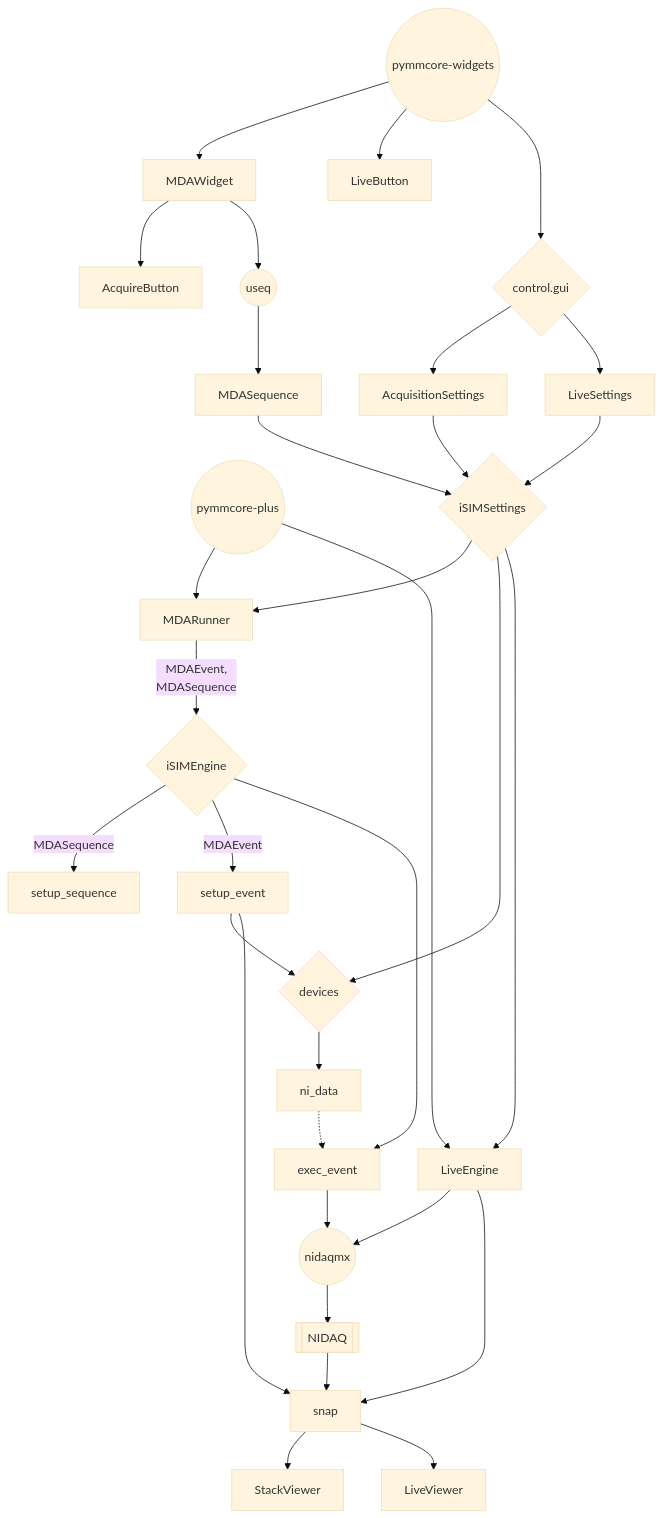
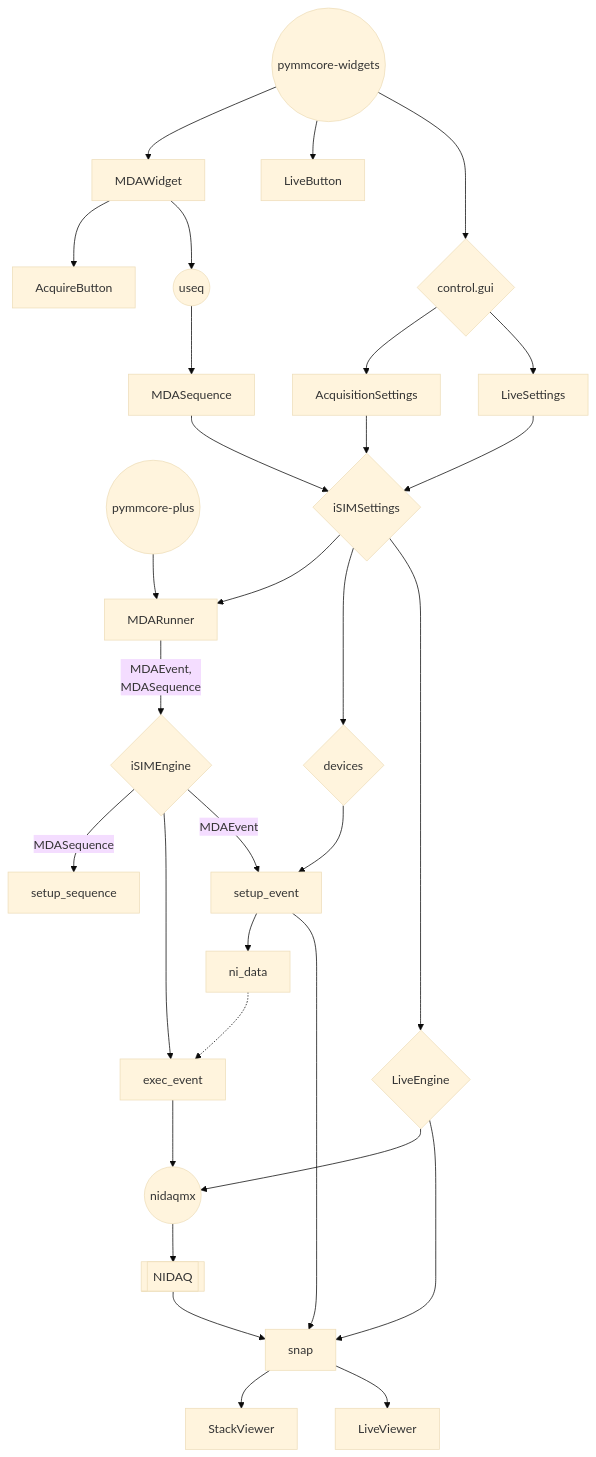
The diagram in control/doc/structure.md (kleele-lab/iSIM), drawn with Mermaid (base theme) before and after one commit. The commit also changed 1 other file, not shown here.

Commit message:
even clearer structure

````diff
--- a/control/doc/structure.md
+++ b/control/doc/structure.md
@@ -1,55 +1,53 @@
 ```mermaid
 flowchart TD;
     useq((useq))
     pymmcore-plus((pymmcore-plus))
     pymmcore-widgets((pymmcore-widgets))
     iSIMEngine{iSIMEngine}
     control.gui{control.gui}
-    iSIMAcquisition{iSIMSettings}
+    iSIMSettings{iSIMSettings}
     devices{devices}
     NIDAQ[[NIDAQ]]
     nidaqmx((nidaqmx))
 
     %% Acquisisitons
     useq --> MDASequence
     pymmcore-widgets --> MDAWidget
     control.gui --> AcquisitionSettings
-    AcquisitionSettings --> iSIMAcquisition
+    AcquisitionSettings --> iSIMSettings
     MDAWidget --> AcquireButton
     MDAWidget --> useq
 
-    MDASequence --> iSIMAcquisition
+    MDASequence --> iSIMSettings
     pymmcore-plus --> MDARunner
 
-    iSIMAcquisition --> MDARunner
-    iSIMAcquisition --> devices
+    iSIMSettings --> MDARunner
+    iSIMSettings --> devices
 
     MDARunner -- MDAEvent, \n MDASequence --> iSIMEngine
     iSIMEngine -- MDASequence --> setup_sequence
+    iSIMEngine --> exec_event
     iSIMEngine -- MDAEvent --> setup_event
-    iSIMEngine --> exec_event
-    setup_event --> devices
-    devices --> ni_data
+    devices --> setup_event
+    setup_event --> ni_data
     setup_event --> snap
     ni_data -.-> exec_event
     exec_event --> nidaqmx
     nidaqmx --> NIDAQ
     snap --> StackViewer
 
 
     %% Live Mode
     pymmcore-widgets --> LiveButton
-    pymmcore-plus --> LiveEngine
-
-    LiveEngine --> nidaqmx
+    LiveEngine{LiveEngine} --> nidaqmx
     LiveEngine --> snap
     NIDAQ --> snap
     snap --> LiveViewer
 
-    iSIMAcquisition --> LiveEngine
+    iSIMSettings --> LiveEngine
 
     control.gui --> LiveSettings
     pymmcore-widgets --> control.gui
-    LiveSettings --> iSIMAcquisition
+    LiveSettings --> iSIMSettings
 
 ```
````
